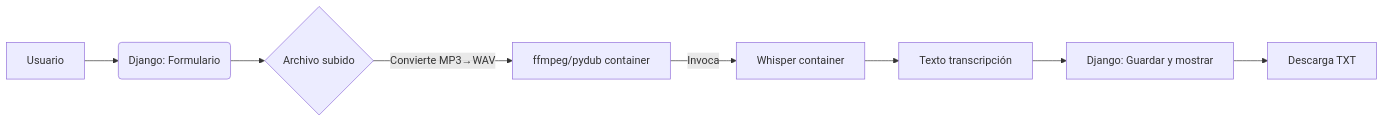
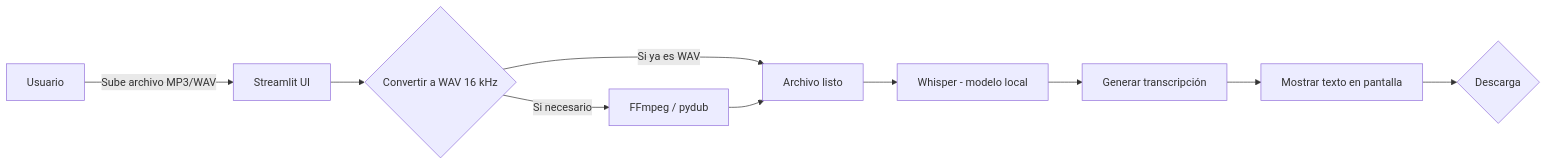
Before and after one commit to mletelle/AudioMate: the second of 2 diagrams in idea.md, drawn with Mermaid. The commit also changed other lines of this file, not shown here.

`````diff
--- a/idea.md
+++ b/idea.md
@@ -73,10 +103,12 @@
 ````mermaid
 flowchart LR
-  A[Usuario] --> B(Django: Formulario)
-  B --> C{Archivo subido}
-  C -->|Convierte MP3→WAV| D[ffmpeg/pydub container]
-  D -->|Invoca| E[Whisper container]
-  E --> F[Texto transcripción]
-  F --> G[Django: Guardar y mostrar]
-  G --> H[Descarga TXT]
+    A[Usuario] -->|Sube archivo MP3/WAV| B[Streamlit UI]
+    B --> C{Convertir a WAV 16 kHz}
+    C -->|Si necesario| D[FFmpeg / pydub]
+    C -->|Si ya es WAV| E[Archivo listo]
+    D --> E
+    E --> F[Whisper - modelo local]
+    F --> G[Generar transcripción]
+    G --> H[Mostrar texto en pantalla]
+    H --> I{Descarga}
 ````
`````
